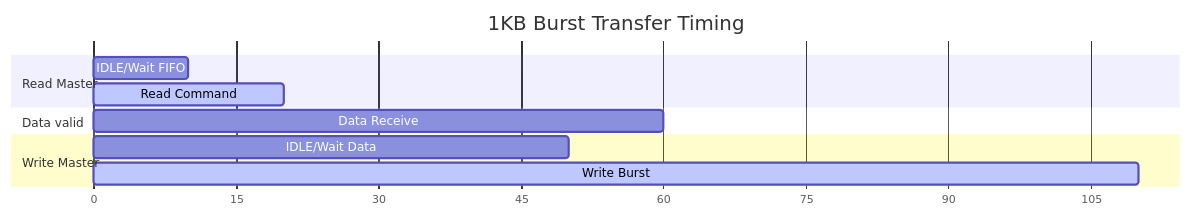
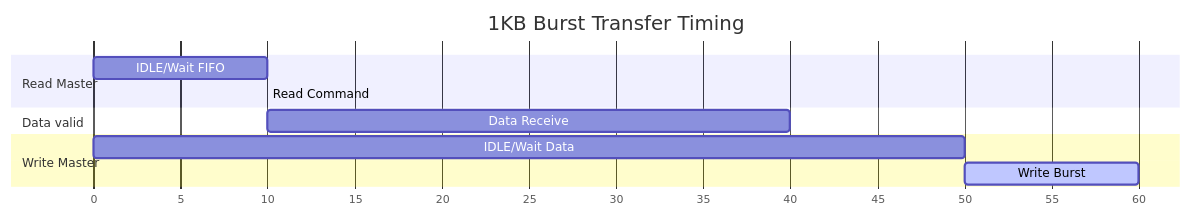
The sixth of 8 diagrams in doc/burst_master.md (bccha/quartus_project), drawn with Mermaid before and after one commit. The commit also changed other lines of this file, not shown here.

Commit message:
Fix: Stagger Mermaid Gantt charts using 'after' keyword for correct timing visualization

````diff
--- a/doc/burst_master.md
+++ b/doc/burst_master.md
@@ -389,15 +391,15 @@
 ```mermaid
 gantt
     title 1KB Burst Transfer Timing
     dateFormat  X
     axisFormat %s
     
     section Read Master
-    IDLE/Wait FIFO :0, 10
-    Read Command   :active, r_cmd, 10, 20
+    IDLE/Wait FIFO : r_idle, 0, 10
+    Read Command   : active, r_cmd, after r_idle, 10
     section Data valid
-    Data Receive   :r_data, 20, 60
+    Data Receive   : r_data, after r_cmd, 40
     section Write Master
-    IDLE/Wait Data :0, 50
-    Write Burst    :active, w_burst, 50, 110
+    IDLE/Wait Data : w_idle, 0, 50
+    Write Burst    : active, w_burst, after w_idle, 60
 ```
````
